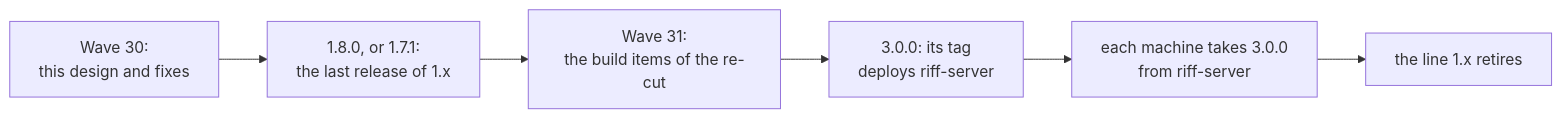
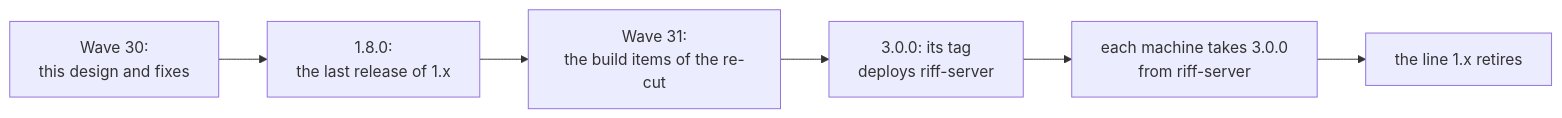
The third of 3 diagrams in docs/src/riff-3.md (como-technologies/riff), drawn with Mermaid before and after one commit. The commit also changed 1 other file, not shown here.

Commit message:
The re-cut: 1.8.0 is the last minor release of 1.x

````diff
--- a/docs/src/riff-3.md
+++ b/docs/src/riff-3.md
@@ -117,8 +117,8 @@
 ```mermaid
 flowchart LR
-    W30["Wave 30:<br/>this design and fixes"] --> R18["1.8.0, or 1.7.1:<br/>the last release of 1.x"]
+    W30["Wave 30:<br/>this design and fixes"] --> R18["1.8.0:<br/>the last release of 1.x"]
     R18 --> W31["Wave 31:<br/>the build items of the re-cut"]
     W31 --> R3["3.0.0: its tag<br/>deploys riff-server"]
     R3 --> U["each machine takes 3.0.0<br/>from riff-server"]
     U --> X["the line 1.x retires"]
 ```
````
